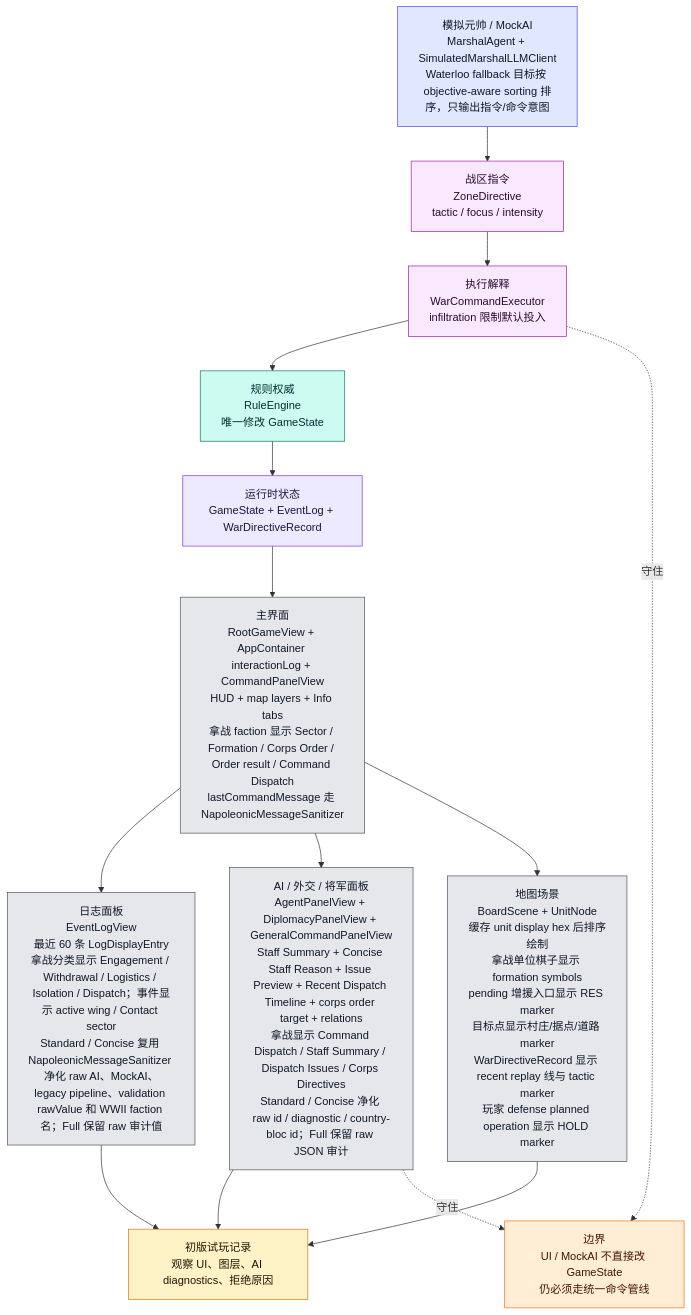
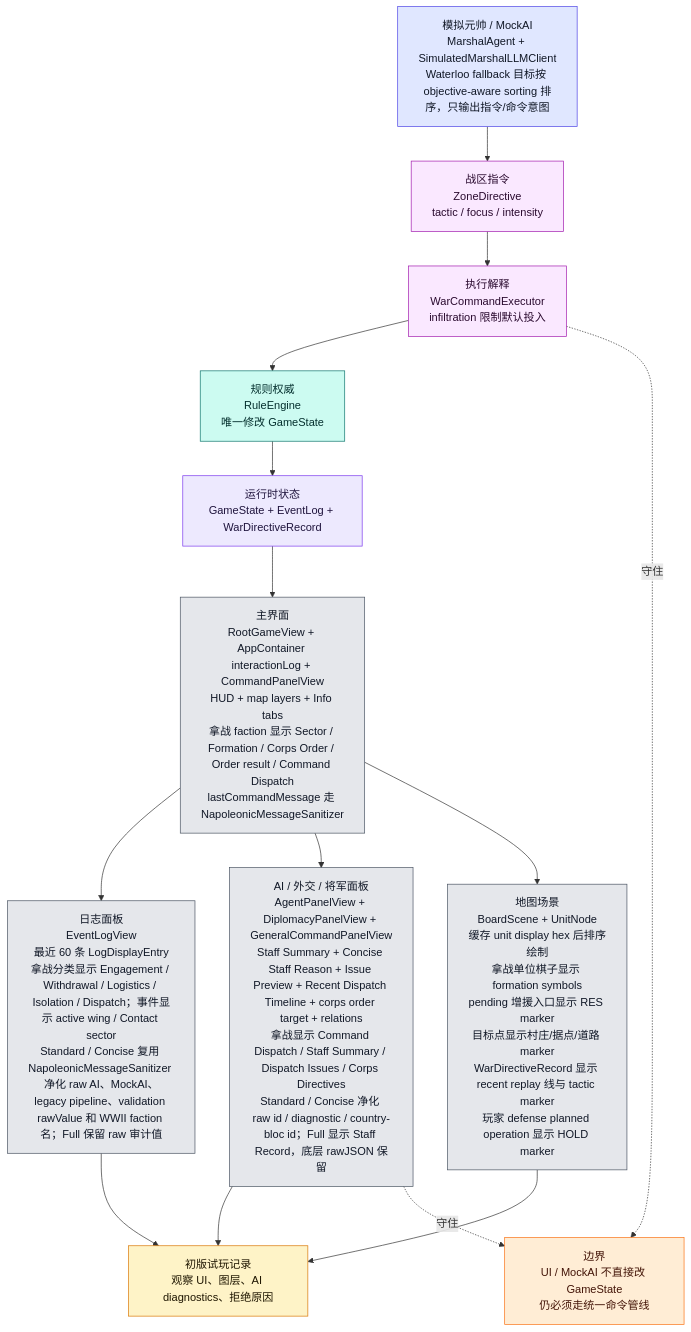
The eighth of 9 diagrams in md/flow/flowchart.md (Altman-sam114/122), drawn with Mermaid before and after one commit. The commit also changed other lines of this file and 8 other files, not shown here.

````diff
--- a/md/flow/flowchart.md
+++ b/md/flow/flowchart.md
@@ -430,34 +430,34 @@
 ```mermaid
 flowchart TD
     STATE["运行时状态<br/>GameState + EventLog + WarDirectiveRecord"]:::state
     ROOT["主界面<br/>RootGameView + AppContainer interactionLog + CommandPanelView<br/>HUD + map layers + Info tabs<br/>拿战 faction 显示 Sector / Formation / Corps Order / Order result / Command Dispatch<br/>lastCommandMessage 走 NapoleonicMessageSanitizer"]:::ui
     LOG["日志面板<br/>EventLogView<br/>最近 60 条 LogDisplayEntry<br/>拿战分类显示 Engagement / Withdrawal / Logistics / Isolation / Dispatch；事件显示 active wing / Contact sector<br/>Standard / Concise 复用 NapoleonicMessageSanitizer 净化 raw AI、MockAI、legacy pipeline、validation rawValue 和 WWII faction 名；Full 保留 raw 审计值"]:::ui
-    AIUI["AI / 外交 / 将军面板<br/>AgentPanelView + DiplomacyPanelView + GeneralCommandPanelView<br/>Staff Summary + Concise Staff Reason + Issue Preview + Recent Dispatch Timeline + corps order target + relations<br/>拿战显示 Command Dispatch / Staff Summary / Dispatch Issues / Corps Directives<br/>Standard / Concise 净化 raw id / diagnostic / country-bloc id；Full 保留 raw JSON 审计"]:::ui
+    AIUI["AI / 外交 / 将军面板<br/>AgentPanelView + DiplomacyPanelView + GeneralCommandPanelView<br/>Staff Summary + Concise Staff Reason + Issue Preview + Recent Dispatch Timeline + corps order target + relations<br/>拿战显示 Command Dispatch / Staff Summary / Dispatch Issues / Corps Directives<br/>Standard / Concise 净化 raw id / diagnostic / country-bloc id；Full 显示 Staff Record，底层 rawJSON 保留"]:::ui
     BOARD["地图场景<br/>BoardScene + UnitNode<br/>缓存 unit display hex 后排序绘制<br/>拿战单位棋子显示 formation symbols<br/>pending 增援入口显示 RES marker<br/>目标点显示村庄/据点/道路 marker<br/>WarDirectiveRecord 显示 recent replay 线与 tactic marker<br/>玩家 defense planned operation 显示 HOLD marker"]:::ui
     MARSHAL["模拟元帅 / MockAI<br/>MarshalAgent + SimulatedMarshalLLMClient<br/>Waterloo fallback 目标按 objective-aware sorting 排序，只输出指令/命令意图"]:::ai
     ZD["战区指令<br/>ZoneDirective<br/>tactic / focus / intensity"]:::command
     WCE["执行解释<br/>WarCommandExecutor<br/>infiltration 限制默认投入"]:::command
     RULE["规则权威<br/>RuleEngine<br/>唯一修改 GameState"]:::rules
     PLAYTEST["初版试玩记录<br/>观察 UI、图层、AI diagnostics、拒绝原因"]:::doc
 
     STATE --> ROOT
     ROOT --> LOG
     ROOT --> AIUI
     ROOT --> BOARD
     MARSHAL --> ZD --> WCE --> RULE --> STATE
     AIUI --> PLAYTEST
     LOG --> PLAYTEST
     BOARD --> PLAYTEST
 
     WARN["边界<br/>UI / MockAI 不直接改 GameState<br/>仍必须走统一命令管线"]:::warn
     AIUI -.守住.-> WARN
     WCE -.守住.-> WARN
 
     classDef state fill:#ede9fe,stroke:#7c3aed,color:#1f143d
     classDef ui fill:#e5e7eb,stroke:#4b5563,color:#111827
     classDef ai fill:#e0e7ff,stroke:#4f46e5,color:#111827
     classDef command fill:#fae8ff,stroke:#a21caf,color:#2a0a2f
     classDef rules fill:#ccfbf1,stroke:#0f766e,color:#042f2e
     classDef doc fill:#fef3c7,stroke:#d97706,color:#1f1600
     classDef warn fill:#ffedd5,stroke:#f97316,color:#431407
 ```
````
